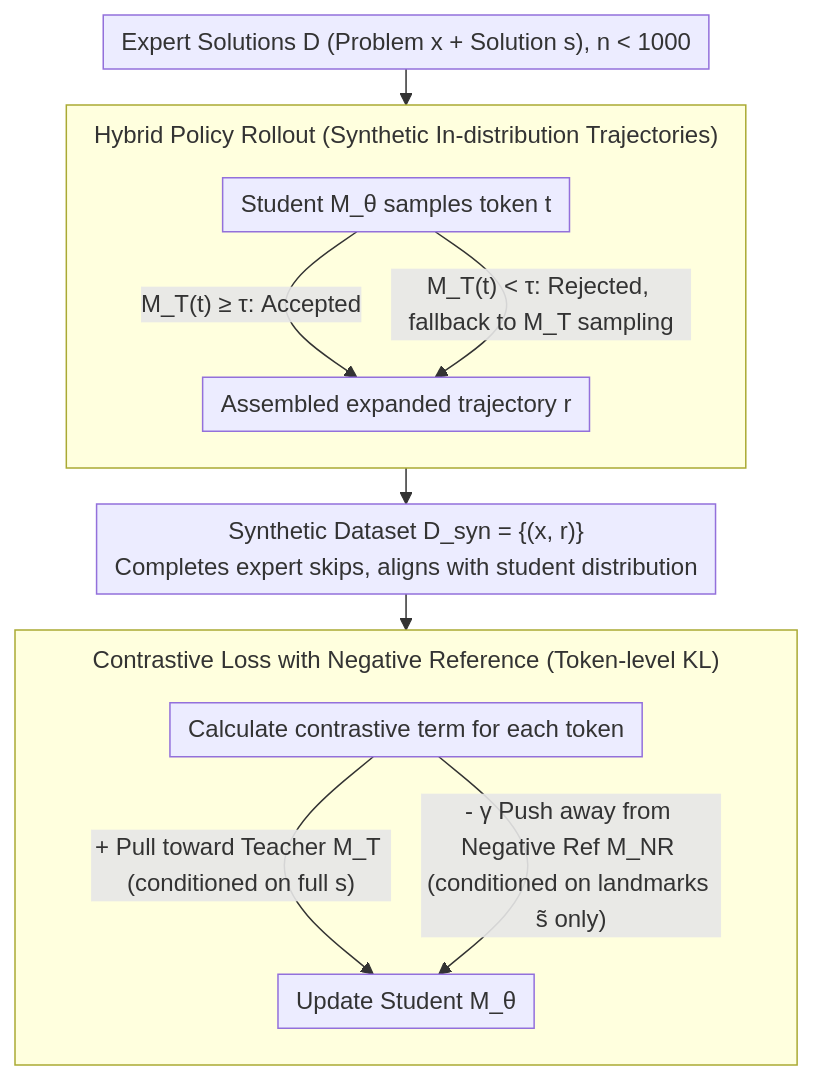
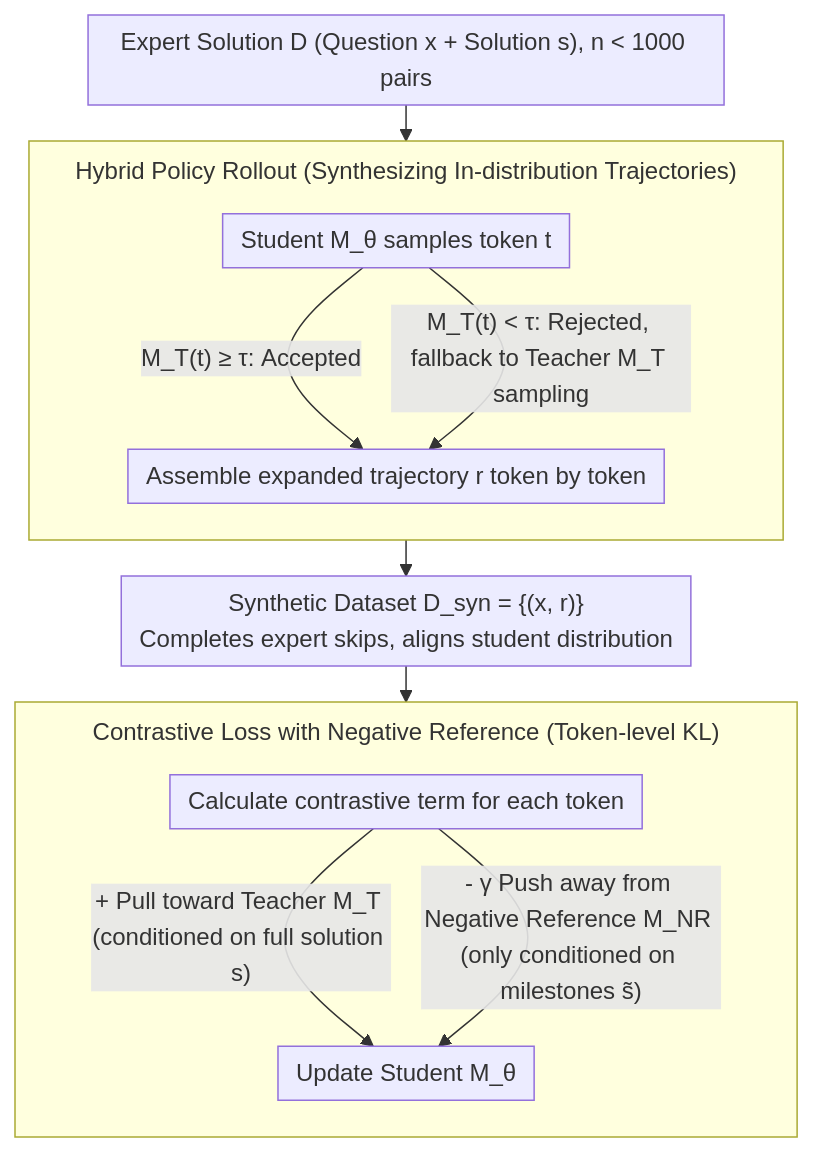
The diagram in docs/ICML2026/reinforcement_learning/making_expert_reasoning_learnable_with_self-distillation.md (zhaoyang97/Paper-Notes-en), drawn with Mermaid before and after one commit. The commit also changed other lines of this file and 5084 other files, not shown here.

````diff
--- a/docs/ICML2026/reinforcement_learning/making_expert_reasoning_learnable_with_self-distillation.md
+++ b/docs/ICML2026/reinforcement_learning/making_expert_reasoning_learnable_with_self-distillation.md
@@ -42,17 +42,17 @@
 ```mermaid
 %%{init: {'flowchart': {'rankSpacing': 24, 'nodeSpacing': 28, 'padding': 6, 'wrappingWidth': 400, 'subGraphTitleMargin': {'top': 8, 'bottom': 16}}}}%%
 flowchart TD
-    A["Expert Solutions D (Problem x + Solution s), n < 1000"] --> B
-    subgraph S1["Hybrid Policy Rollout (Synthetic In-distribution Trajectories)"]
+    A["Expert Solution D (Question x + Solution s), n < 1000 pairs"] --> B
+    subgraph S1["Hybrid Policy Rollout (Synthesizing In-distribution Trajectories)"]
         direction TB
-        B["Student M_θ samples token t"] -->|"M_T(t) ≥ τ: Accepted"| C["Assembled expanded trajectory r"]
-        B -->|"M_T(t) < τ: Rejected, fallback to M_T sampling"| C
+        B["Student M_θ samples token t"] -->|"M_T(t) ≥ τ: Accepted"| C["Assemble expanded trajectory r token by token"]
+        B -->|"M_T(t) < τ: Rejected, fallback to Teacher M_T sampling"| C
     end
-    C --> D["Synthetic Dataset D_syn = {(x, r)}<br/>Completes expert skips, aligns with student distribution"]
+    C --> D["Synthetic Dataset D_syn = {(x, r)}<br/>Completes expert skips, aligns student distribution"]
     D --> E
     subgraph S2["Contrastive Loss with Negative Reference (Token-level KL)"]
         direction TB
-        E["Calculate contrastive term for each token"] -->|"+ Pull toward Teacher M_T (conditioned on full s)"| F["Update Student M_θ"]
-        E -->|"- γ Push away from Negative Ref M_NR (conditioned on landmarks s̃ only)"| F
+        E["Calculate contrastive term for each token"] -->|"+ Pull toward Teacher M_T (conditioned on full solution s)"| F["Update Student M_θ"]
+        E -->|"- γ Push away from Negative Reference M_NR (only conditioned on milestones s̃)"| F
     end
 ```
````
